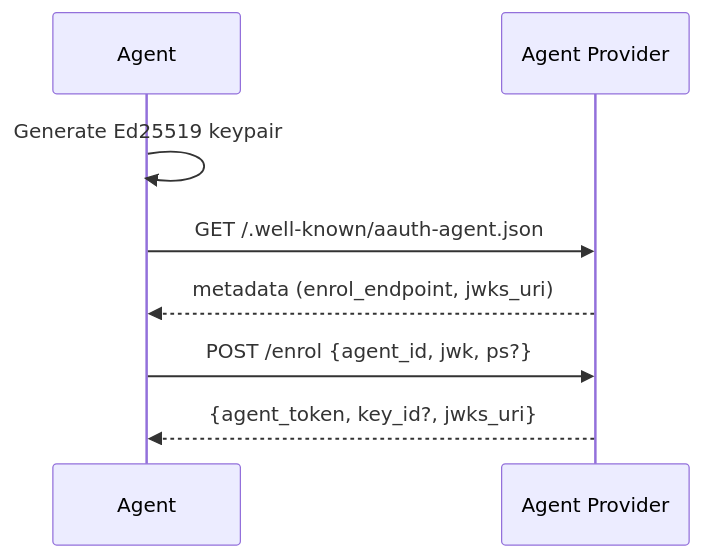
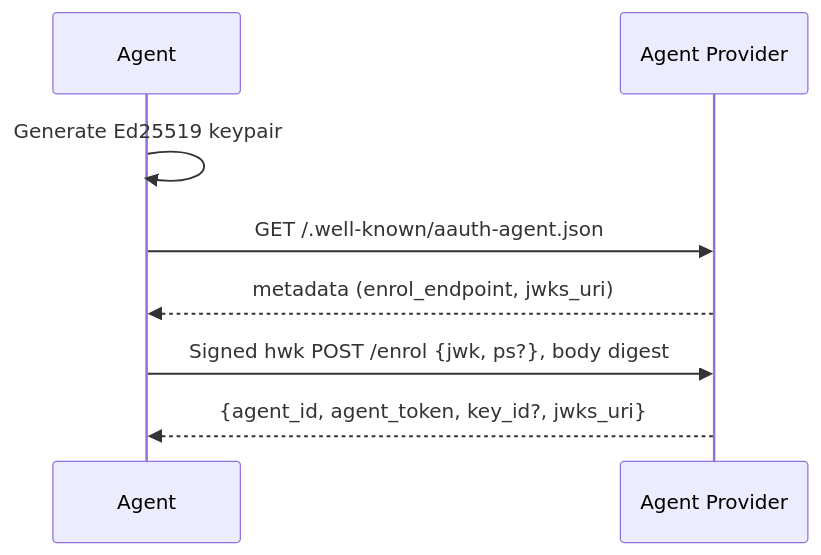
One commit to aauth-dev/dotnet-samples changed the first of 6 diagrams in docs/workflows/bootstrap-enrollment.md. Above: the diagram before and after it, drawn with Mermaid. The commit also changed other lines of this file and 61 other files, not shown here.

````diff
--- a/docs/workflows/bootstrap-enrollment.md
+++ b/docs/workflows/bootstrap-enrollment.md
@@ -12,10 +17,10 @@
 ```mermaid
 sequenceDiagram
     participant Agent
     participant AP as Agent Provider
     Agent->>Agent: Generate Ed25519 keypair
     Agent->>AP: GET /.well-known/aauth-agent.json
     AP-->>Agent: metadata (enrol_endpoint, jwks_uri)
-    Agent->>AP: POST /enrol {agent_id, jwk, ps?}
-    AP-->>Agent: {agent_token, key_id?, jwks_uri}
+    Agent->>AP: Signed hwk POST /enrol {jwk, ps?}, body digest
+    AP-->>Agent: {agent_id, agent_token, key_id?, jwks_uri}
 ```
````
